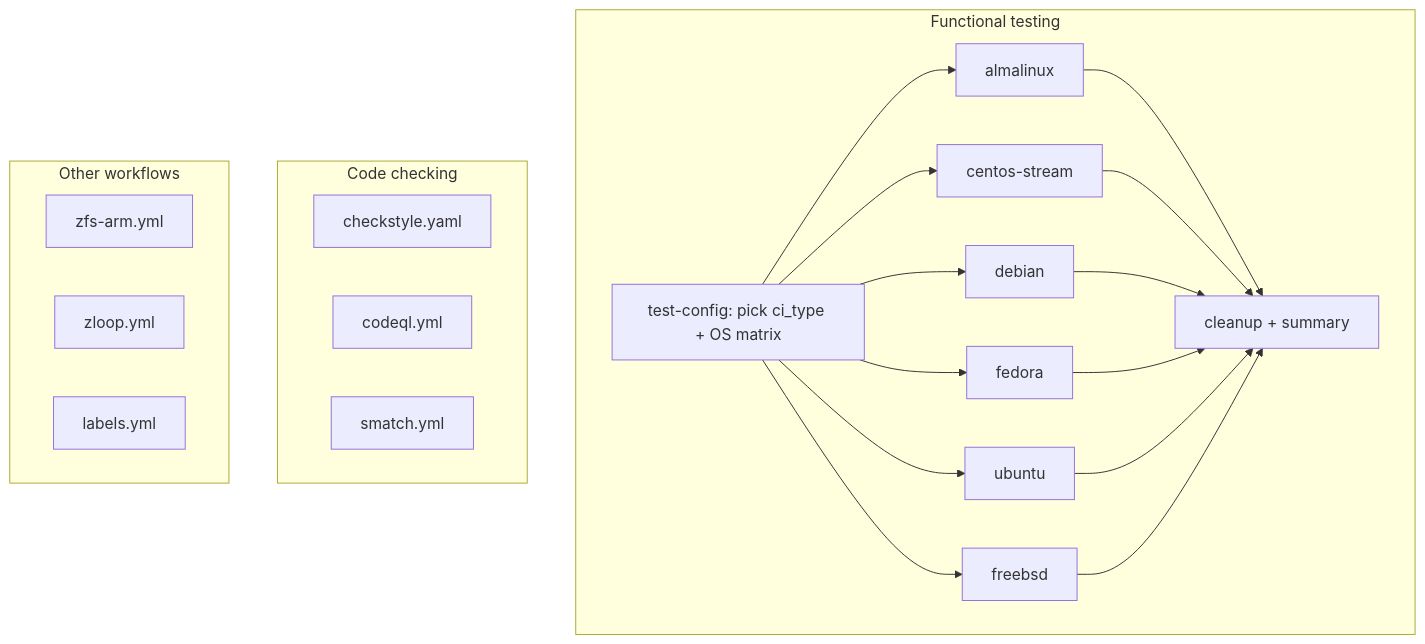
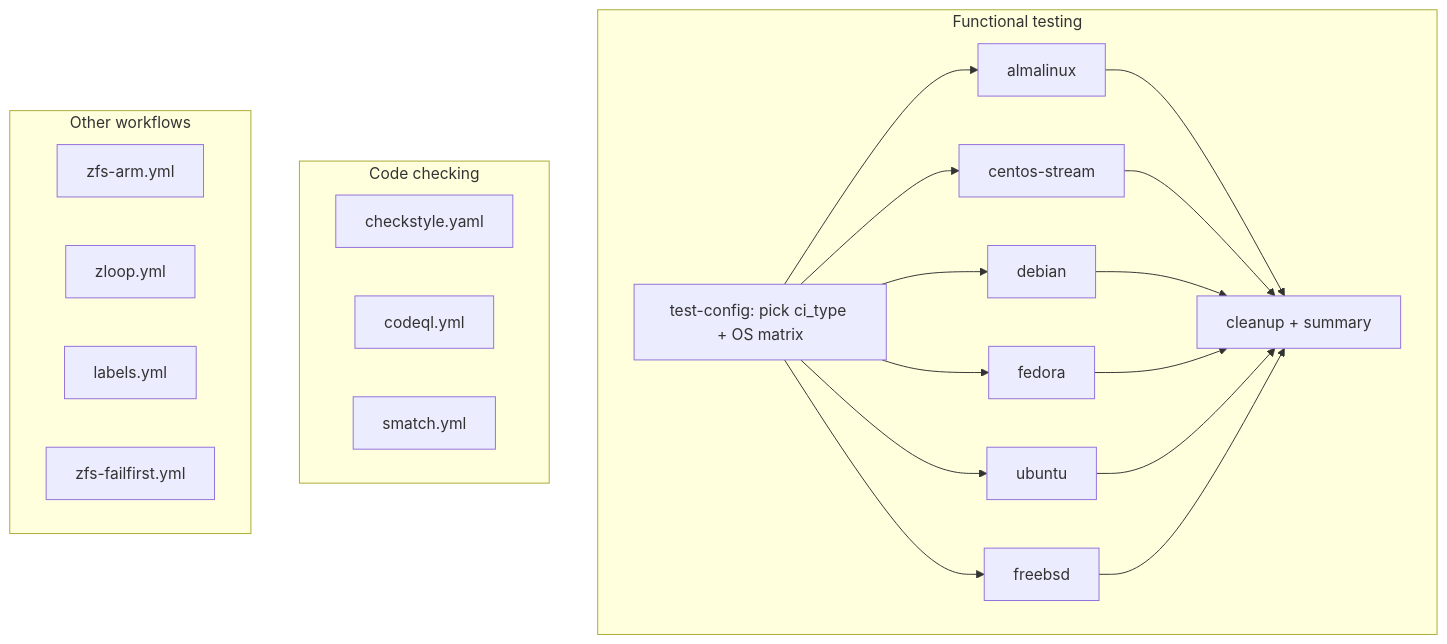
Before and after one commit to tonyhutter/zfs: the diagram in .github/workflows/README.md, drawn with Mermaid. The commit also changed other lines of this file and 3 other files, not shown here.

````diff
--- a/.github/workflows/README.md
+++ b/.github/workflows/README.md
@@ -7,30 +7,31 @@
 ```mermaid
 flowchart TB
 subgraph Functional testing
   Setup[test-config: pick ci_type + OS matrix]
   Setup --> almalinux
   Setup --> centos[centos-stream]
   Setup --> debian
   Setup --> fedora
   Setup --> ubuntu
   Setup --> freebsd
   almalinux --> Cleanup[cleanup + summary]
   centos --> Cleanup
   debian --> Cleanup
   fedora --> Cleanup
   ubuntu --> Cleanup
   freebsd --> Cleanup
 end
 
 subgraph Code checking
   checkstyle.yaml
   codeql.yml
   smatch.yml
 end
 
 subgraph Other workflows
   zfs-arm.yml
   zloop.yml
   labels.yml
+  zfs-failfirst.yml
 end
 ```
````
